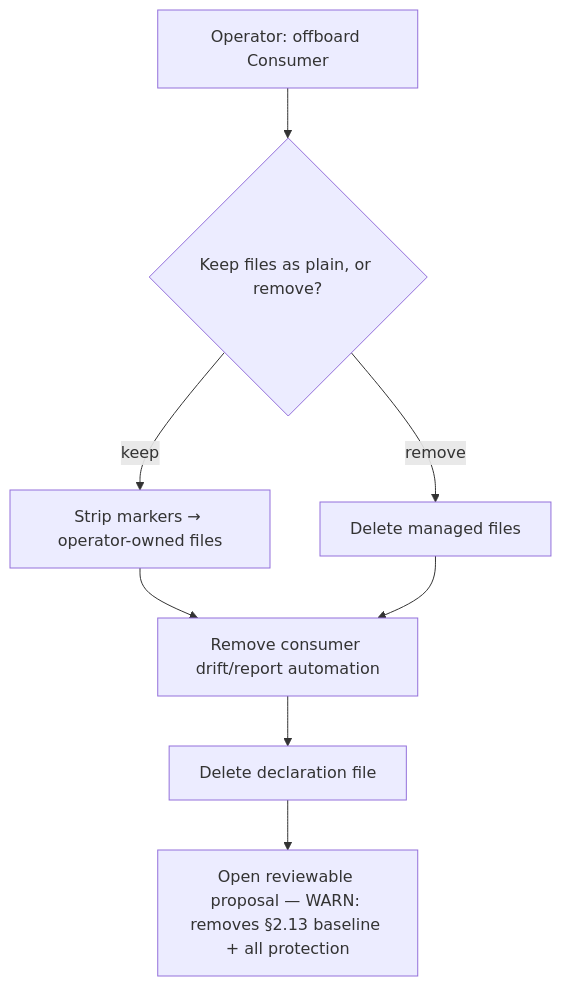
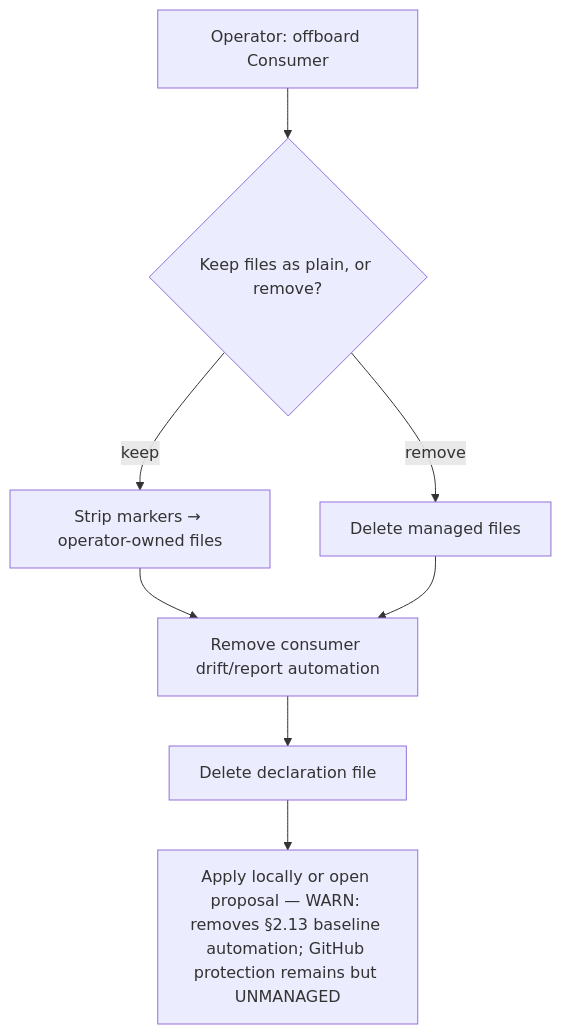
Diagram 16 of 23 in REQUIREMENTS.md (amattas/aviato), drawn with Mermaid before and after one commit. The commit also changed other lines of this file and 26 other files, not shown here.

First line of the commit message:
fix: address review findings (drift guards, fail-closed flows, docs callers)

````diff
--- a/REQUIREMENTS.md
+++ b/REQUIREMENTS.md
@@ -849,10 +860,10 @@
 ```mermaid
 flowchart TD
     A["Operator: offboard Consumer"] --> B{"Keep files as plain, or remove?"}
     B -- keep --> C["Strip markers → operator-owned files"]
     B -- remove --> D["Delete managed files"]
     C --> E["Remove consumer drift/report automation"]
     D --> E
     E --> F["Delete declaration file"]
-    F --> G["Open reviewable proposal — WARN: removes §2.13 baseline + all protection"]
+    F --> G["Apply locally or open proposal — WARN: removes §2.13 baseline automation; GitHub protection remains but UNMANAGED"]
 ```
````
